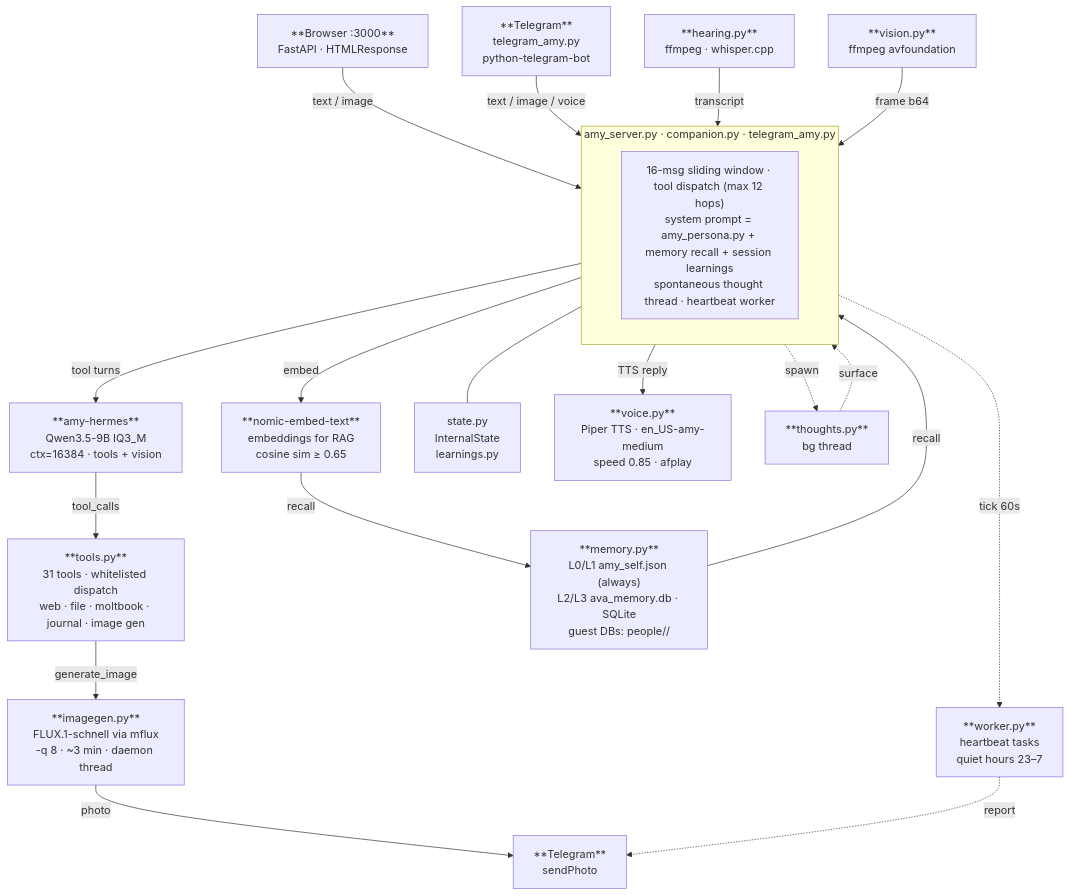
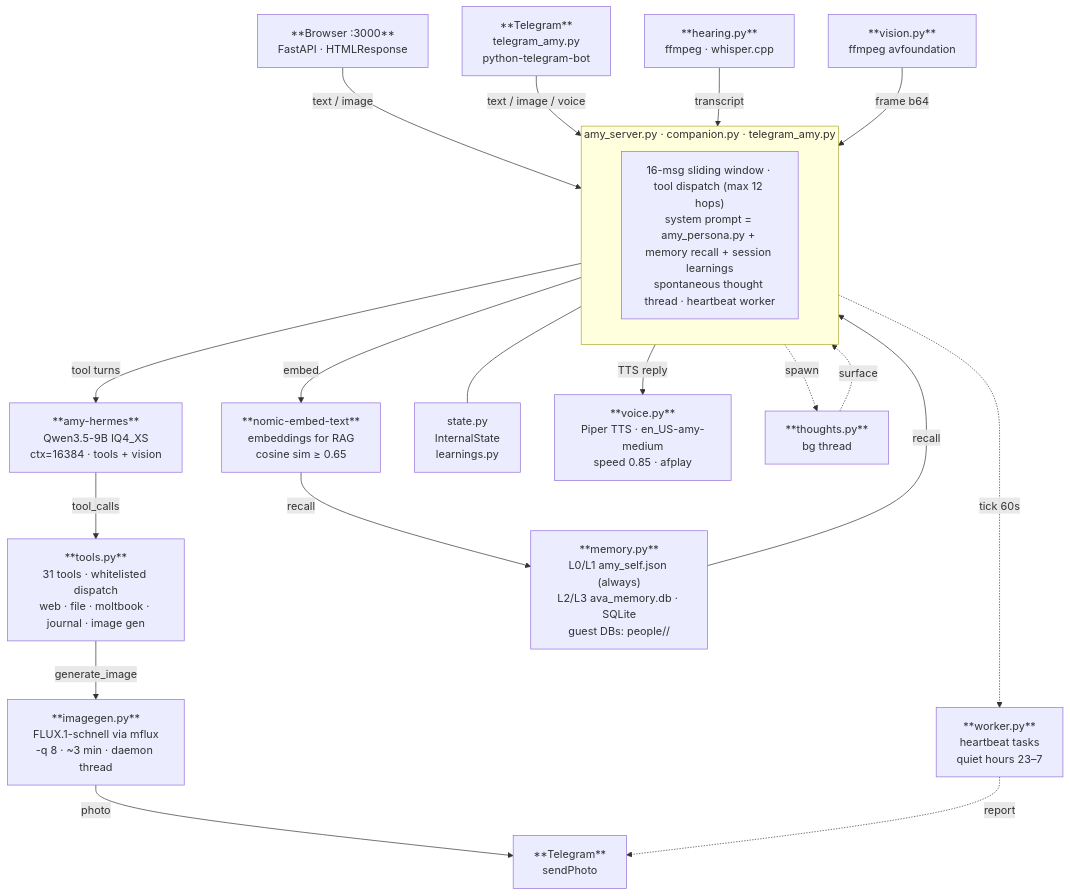
Before and after one commit to TushaeBXN/amy-companion: the first of 2 diagrams in ARCHITECTURE.md, drawn with Mermaid. The commit also changed other lines of this file and 18 other files, not shown here.

````diff
--- a/ARCHITECTURE.md
+++ b/ARCHITECTURE.md
@@ -33,35 +33,35 @@
 ```mermaid
 flowchart TD
     Browser["**Browser :3000**\nFastAPI · HTMLResponse"]
     Telegram["**Telegram**\ntelegram_amy.py\npython-telegram-bot"]
     Hearing["**hearing.py**\nffmpeg · whisper.cpp"]
     Vision["**vision.py**\nffmpeg avfoundation"]
 
     Browser -->|text / image| Core
     Telegram -->|text / image / voice| Core
     Hearing -->|transcript| Core
     Vision -->|frame b64| Core
 
     subgraph Core ["amy_server.py · companion.py · telegram_amy.py"]
         direction TB
         CoreDesc["16-msg sliding window · tool dispatch (max 12 hops)\nsystem prompt = amy_persona.py + memory recall + session learnings\nspontaneous thought thread · heartbeat worker"]
     end
 
-    Core -->|tool turns| Hermes["**amy-hermes**\nQwen3.5-9B IQ3_M\nctx=16384 · tools + vision"]
+    Core -->|tool turns| Hermes["**amy-hermes**\nQwen3.5-9B IQ4_XS\nctx=16384 · tools + vision"]
     Core -->|embed| Nomic["**nomic-embed-text**\nembeddings for RAG\ncosine sim ≥ 0.65"]
 
     Hermes -->|tool_calls| Tools["**tools.py**\n31 tools · whitelisted dispatch\nweb · file · moltbook · journal · image gen"]
     Tools -->|generate_image| Flux["**imagegen.py**\nFLUX.1-schnell via mflux\n-q 8 · ~3 min · daemon thread"]
     Flux -->|photo| TgOut["**Telegram**\nsendPhoto"]
     Core --- State["state.py\nInternalState\nlearnings.py"]
 
     Core -.->|tick 60s| Worker["**worker.py**\nheartbeat tasks\nquiet hours 23–7"]
     Worker -.->|report| TgOut
 
     Nomic -->|recall| Memory["**memory.py**\nL0/L1 amy_self.json (always)\nL2/L3 ava_memory.db · SQLite\nguest DBs: people/<name>/"]
     Memory -->|recall| Core
 
     Core -->|TTS reply| Voice["**voice.py**\nPiper TTS · en_US-amy-medium\nspeed 0.85 · afplay"]
     Core -.->|spawn| Thoughts["**thoughts.py**\nbg thread"]
     Thoughts -.->|surface| Core
 ```
````
